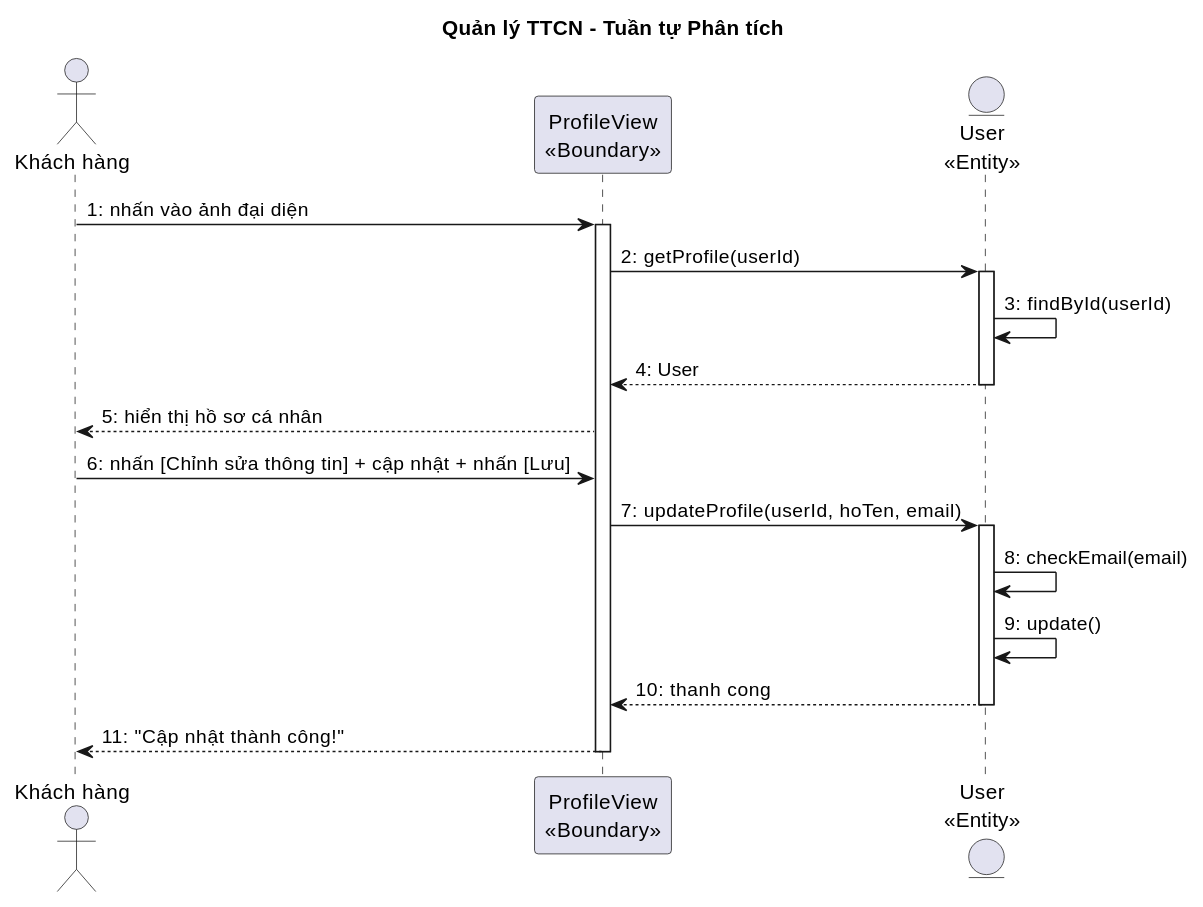
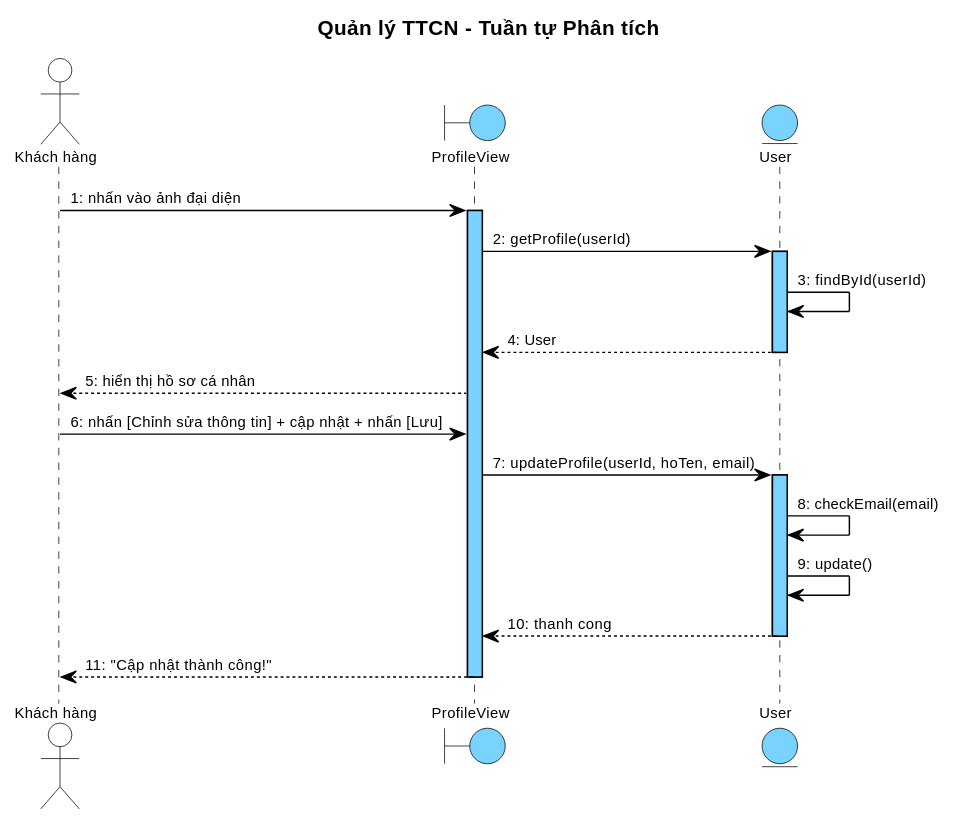
One commit to thanhtrnnn/cnpm changed the fourth of 5 diagrams in docs/tabs/section-account-ii.md. Above: the diagram before and after it, drawn with PlantUML. The commit also changed other lines of this file and 14 other files, not shown here.

First line of the commit message:
feat: UC detail diagrams + new sequence diagram style (blue lifelines)

````diff
--- a/docs/tabs/section-account-ii.md
+++ b/docs/tabs/section-account-ii.md
@@ -362,27 +509,76 @@
 ```plantuml
 @startuml
+skinparam shadowing false
+skinparam SequenceMessageAlign left
+
+skinparam SequenceLifeLineBackgroundColor #7AD2FF
+skinparam SequenceLifeLineBorderColor #000000
+
+<style>
+sequenceDiagram {
+  Shadowing 0
+  RoundCorner 0
+  FontName "Arial"
+  FontSize 10
+  FontColor #000000
+
+  participant {
+    BackgroundColor #7AD2FF
+    LineColor #000000
+    LineThickness 1
+  }
+
+  actor {
+    BackgroundColor transparent
+    LineColor #000000
+  }
+  boundary {
+    BackgroundColor #7AD2FF
+    LineColor #000000
+  }
+  control {
+    BackgroundColor #7AD2FF
+    LineColor #000000
+  }
+  entity {
+    BackgroundColor #7AD2FF
+    LineColor #000000
+  }
+
+  lifeline {
+    LineColor #000000
+    LineStyle 5-5
+  }
+
+  arrow {
+    LineColor #000000
+    LineThickness 1
+    FontSize 10
+  }
+}
+</style>
 title Quản lý TTCN – Tuần tự Phân tích
 
 actor "Khách hàng" as KH
-participant "ProfileView\n<<Boundary>>" as B1
-entity "User\n<<Entity>>" as E1
+boundary ProfileView as B1
+entity User as E1
 
 KH -> B1 : 1: nhấn vào ảnh đại diện
 activate B1
 B1 -> E1 : 2: getProfile(userId)
 activate E1
 E1 -> E1 : 3: findById(userId)
 E1 --> B1 : 4: User
 deactivate E1
 B1 --> KH : 5: hiển thị hồ sơ cá nhân
 KH -> B1 : 6: nhấn [Chỉnh sửa thông tin] + cập nhật + nhấn [Lưu]
 B1 -> E1 : 7: updateProfile(userId, hoTen, email)
 activate E1
 E1 -> E1 : 8: checkEmail(email)
 E1 -> E1 : 9: update()
 E1 --> B1 : 10: thanh cong
 deactivate E1
 B1 --> KH : 11: "Cập nhật thành công!"
 deactivate B1
 @enduml
 ```
````
